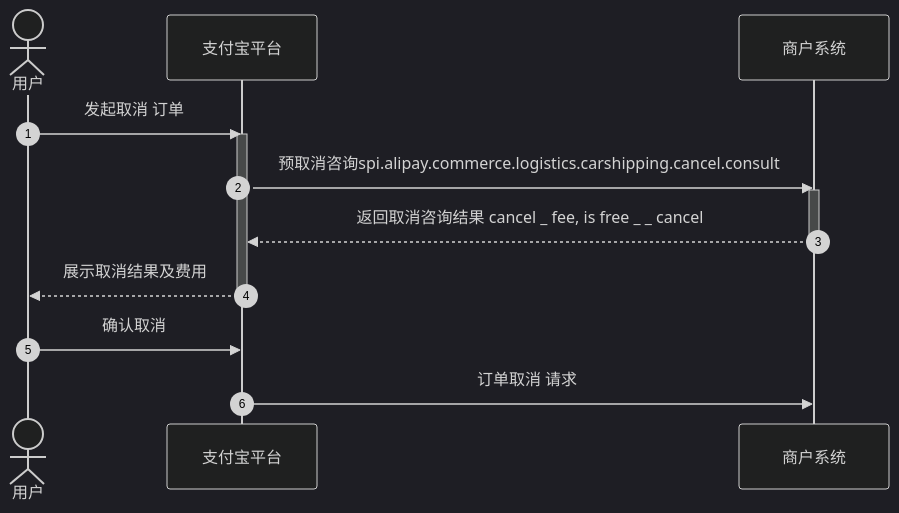
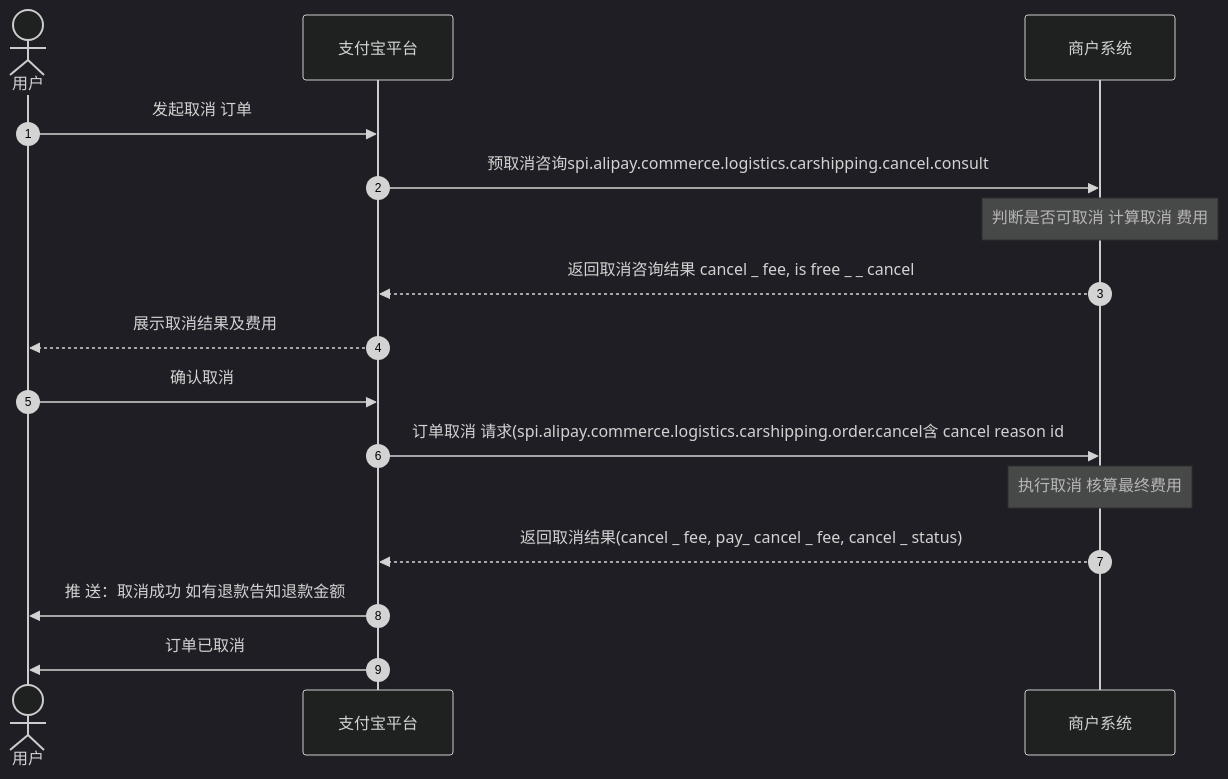
Before and after one commit to pingpm/mermaid_vault: the diagram in mmd/取消 订单时序_e57a9910-97b8-4c65-9669-0c2f3234df41.mmd, drawn with Mermaid (dark theme). The commit also changed 2 other files, not shown here.

Commit message:
Sync Mermaid Studio data (11 diagrams)

```diff
--- a/mmd/取消 订单时序_e57a9910-97b8-4c65-9669-0c2f3234df41.mmd
+++ b/mmd/取消 订单时序_e57a9910-97b8-4c65-9669-0c2f3234df41.mmd
@@ -1,15 +1,16 @@
 sequenceDiagram
   autonumber
   actor p0 as 用户
   participant p1 as 支付宝平台
   participant p2 as 商户系统
   p0->>p1: 发起取消 订单
-  activate p1
   p1->>p2: 预取消咨询spi.alipay.commerce.logistics.carshipping.cancel.consult
-  activate p2
+  Note over p2: 判断是否可取消 计算取消 费⽤
   p2-->>p1: 返回取消咨询结果 cancel _ fee, is free _ _ cancel
-  deactivate p2
   p1-->>p0: 展示取消结果及费⽤
-  deactivate p1
   p0->>p1: 确认取消
-  p1->>p2: 订单取消 请求
+  p1->>p2: 订单取消 请求(spi.alipay.commerce.logistics.carshipping.order.cancel含 cancel reason id
+  Note over p2: 执⾏取消 核算最终费⽤
+  p2-->>p1: 返回取消结果(cancel _ fee, pay_ cancel _ fee, cancel _ status)
+  p1->>p0: 推 送：取消成功 如有退款告知退款⾦额
+  p1->>p0: 订单已取消
```
